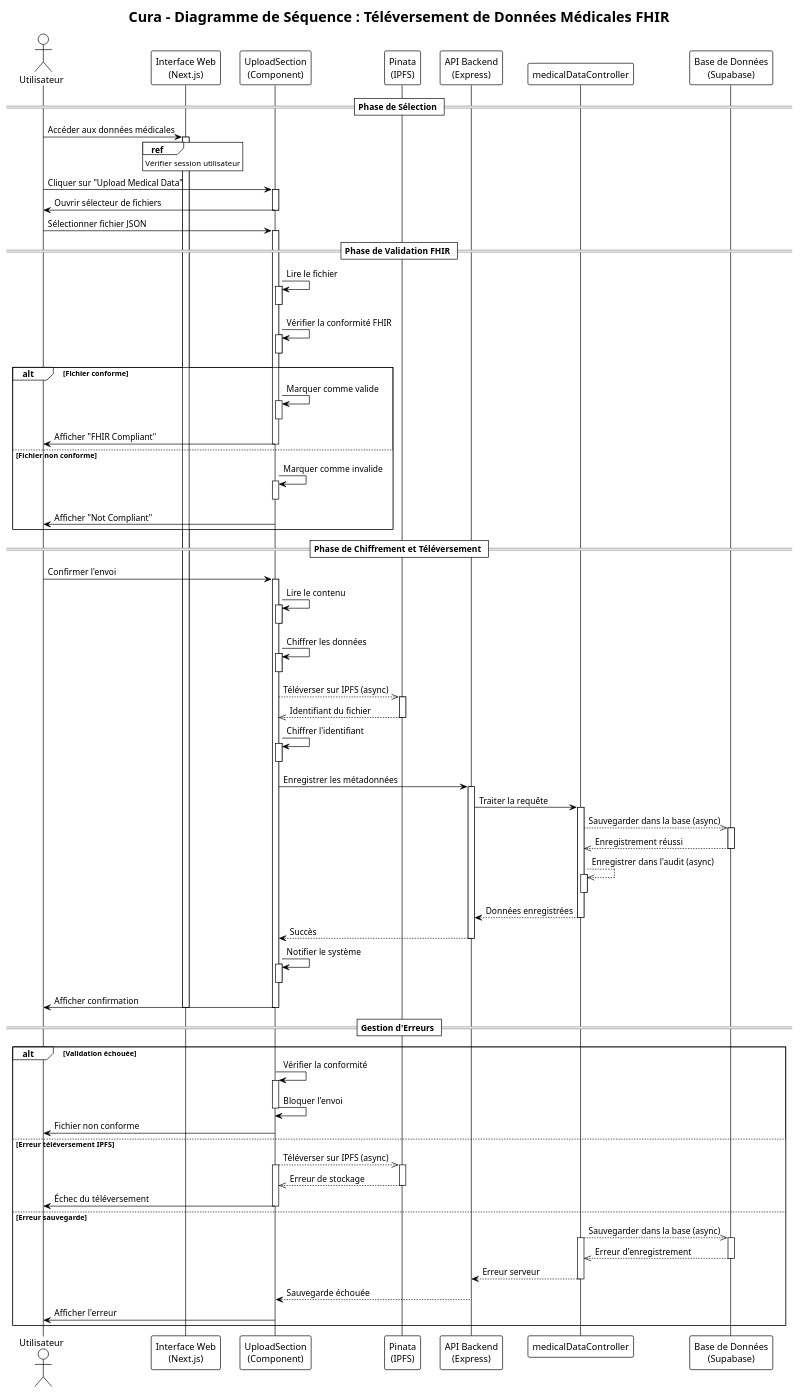
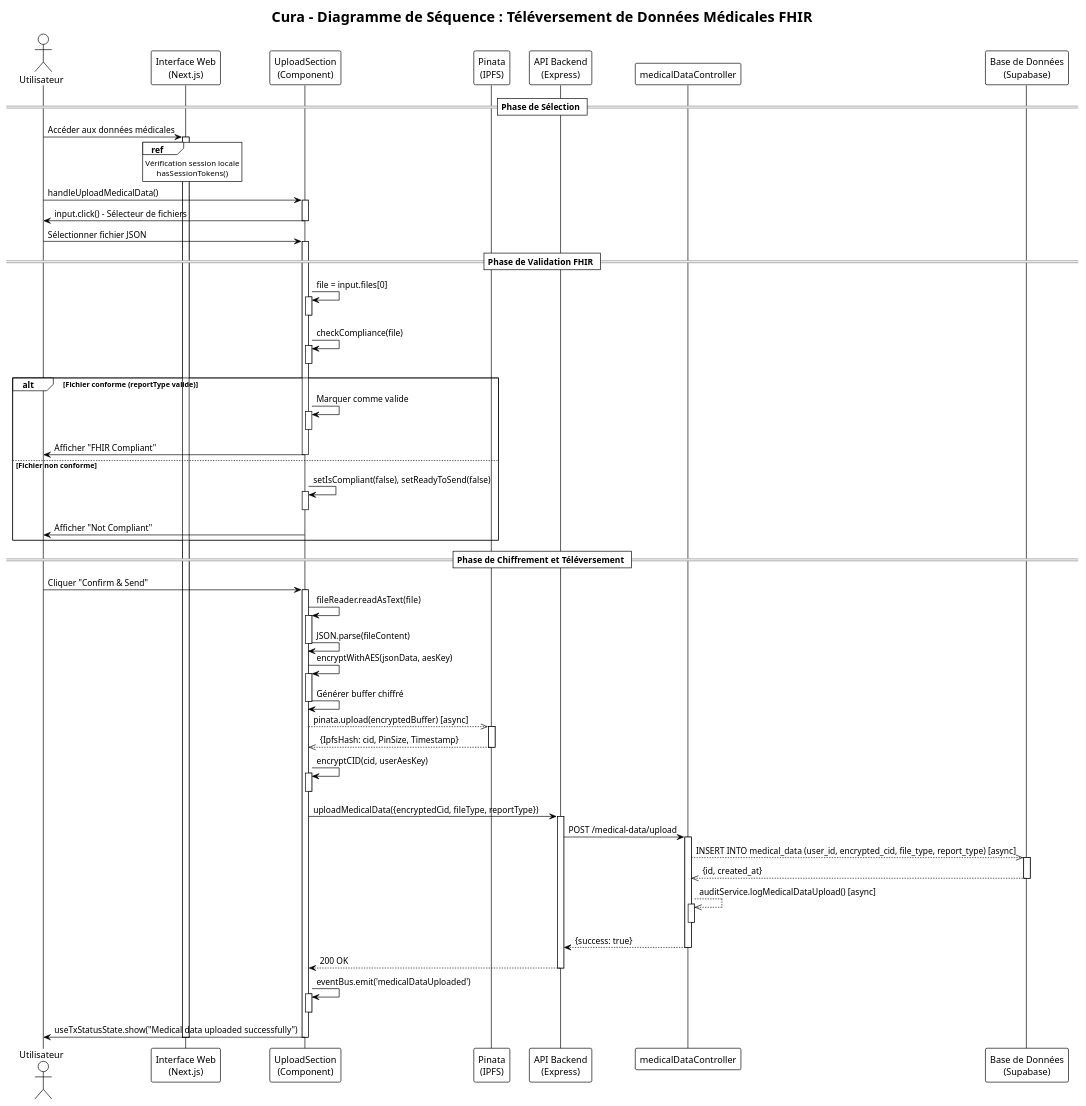
Before and after one commit to monark-community/zk-medical-data-exchange: the diagram in docs/sequence-diagrams/medical-data-upload-sequence.puml, drawn with PlantUML. The commit also changed 17 other files, not shown here.

Commit message:
chore: updated seq diagrams pt 2

```diff
--- a/docs/sequence-diagrams/medical-data-upload-sequence.puml
+++ b/docs/sequence-diagrams/medical-data-upload-sequence.puml
@@ -1,121 +1,99 @@
 @startuml Medical_Data_Upload_Sequence
 !theme plain
 
 title Cura - Diagramme de Séquence : Téléversement de Données Médicales FHIR
 
 actor "Utilisateur" as User
 participant "Interface Web\n(Next.js)" as Frontend
 participant "UploadSection\n(Component)" as UploadComponent
 participant "Pinata\n(IPFS)" as IPFS
 participant "API Backend\n(Express)" as Backend
 participant "medicalDataController" as Controller
 participant "Base de Données\n(Supabase)" as Database
 
 == Phase de Sélection ==
 User -> Frontend : Accéder aux données médicales
 activate Frontend
-ref over Frontend : Vérifier session utilisateur
-User -> UploadComponent : Cliquer sur "Upload Medical Data"
+ref over Frontend
+    Vérification session locale
+    hasSessionTokens()
+end ref
+User -> UploadComponent : handleUploadMedicalData()
 activate UploadComponent
-UploadComponent -> User : Ouvrir sélecteur de fichiers
+UploadComponent -> User : input.click() - Sélecteur de fichiers
 deactivate UploadComponent
 User -> UploadComponent : Sélectionner fichier JSON
 activate UploadComponent
 
 == Phase de Validation FHIR ==
-UploadComponent -> UploadComponent : Lire le fichier
+UploadComponent -> UploadComponent : file = input.files[0]
 activate UploadComponent
 deactivate UploadComponent
-UploadComponent -> UploadComponent : Vérifier la conformité FHIR
+UploadComponent -> UploadComponent : checkCompliance(file)
 activate UploadComponent
 deactivate UploadComponent
 
-alt Fichier conforme
+alt Fichier conforme (reportType valide)
     UploadComponent -> UploadComponent : Marquer comme valide
     activate UploadComponent
     deactivate UploadComponent
     UploadComponent -> User : Afficher "FHIR Compliant"
     deactivate UploadComponent
 else Fichier non conforme
-    UploadComponent -> UploadComponent : Marquer comme invalide
+    UploadComponent -> UploadComponent : setIsCompliant(false), setReadyToSend(false)
     activate UploadComponent
     deactivate UploadComponent
     UploadComponent -> User : Afficher "Not Compliant"
     deactivate UploadComponent
 end
 
 == Phase de Chiffrement et Téléversement ==
-User -> UploadComponent : Confirmer l'envoi
+User -> UploadComponent : Cliquer "Confirm & Send"
 activate UploadComponent
-UploadComponent -> UploadComponent : Lire le contenu
+UploadComponent -> UploadComponent : fileReader.readAsText(file)
 activate UploadComponent
+UploadComponent -> UploadComponent : JSON.parse(fileContent)
 deactivate UploadComponent
-UploadComponent -> UploadComponent : Chiffrer les données
+UploadComponent -> UploadComponent : encryptWithAES(jsonData, aesKey)
+activate UploadComponent
+UploadComponent -> UploadComponent : Générer buffer chiffré
+deactivate UploadComponent
+
+UploadComponent -->> IPFS : pinata.upload(encryptedBuffer) [async]
+activate IPFS
+IPFS -->> UploadComponent : {IpfsHash: cid, PinSize, Timestamp}
+deactivate IPFS
+
+UploadComponent -> UploadComponent : encryptCID(cid, userAesKey)
 activate UploadComponent
 deactivate UploadComponent
 
-UploadComponent -->> IPFS : Téléverser sur IPFS (async)
-activate IPFS
-IPFS -->> UploadComponent : Identifiant du fichier
-deactivate IPFS
+UploadComponent -> Backend : uploadMedicalData({encryptedCid, fileType, reportType})
+activate Backend
+Backend -> Controller : POST /medical-data/upload
+activate Controller
 
-UploadComponent -> UploadComponent : Chiffrer l'identifiant
+Controller -->> Database : INSERT INTO medical_data (user_id, encrypted_cid, file_type, report_type) [async]
+activate Database
+Database -->> Controller : {id, created_at}
+deactivate Database
+
+Controller -->> Controller : auditService.logMedicalDataUpload() [async]
+activate Controller
+deactivate Controller
+
+Controller --> Backend : {success: true}
+deactivate Controller
+
+Backend --> UploadComponent : 200 OK
+deactivate Backend
+
+UploadComponent -> UploadComponent : eventBus.emit('medicalDataUploaded')
 activate UploadComponent
 deactivate UploadComponent
 
-UploadComponent -> Backend : Enregistrer les métadonnées
-activate Backend
-Backend -> Controller : Traiter la requête
-activate Controller
-
-Controller -->> Database : Sauvegarder dans la base (async)
-activate Database
-Database -->> Controller : Enregistrement réussi
-deactivate Database
-
-Controller -->> Controller : Enregistrer dans l'audit (async)
-activate Controller
-deactivate Controller
-
-Controller --> Backend : Données enregistrées
-deactivate Controller
-
-Backend --> UploadComponent : Succès
-deactivate Backend
-
-UploadComponent -> UploadComponent : Notifier le système
-activate UploadComponent
-deactivate UploadComponent
-
-UploadComponent -> User : Afficher confirmation
+UploadComponent -> User : useTxStatusState.show("Medical data uploaded successfully")
 deactivate UploadComponent
 deactivate Frontend
 
-== Gestion d'Erreurs ==
-alt Validation échouée
-    UploadComponent -> UploadComponent : Vérifier la conformité
-    activate UploadComponent
-    UploadComponent -> UploadComponent : Bloquer l'envoi
-    deactivate UploadComponent
-    UploadComponent -> User : Fichier non conforme
-else Erreur téléversement IPFS
-    UploadComponent -->> IPFS : Téléverser sur IPFS (async)
-    activate UploadComponent
-    activate IPFS
-    IPFS -->> UploadComponent : Erreur de stockage
-    deactivate IPFS
-    UploadComponent -> User : Échec du téléversement
-    deactivate UploadComponent
-else Erreur sauvegarde
-    Controller -->> Database : Sauvegarder dans la base (async)
-    activate Controller
-    activate Database
-    Database -->> Controller : Erreur d'enregistrement
-    deactivate Database
-    Controller --> Backend : Erreur serveur
-    deactivate Controller
-    Backend --> UploadComponent : Sauvegarde échouée
-    UploadComponent -> User : Afficher l'erreur
-end
-
 @enduml
```
